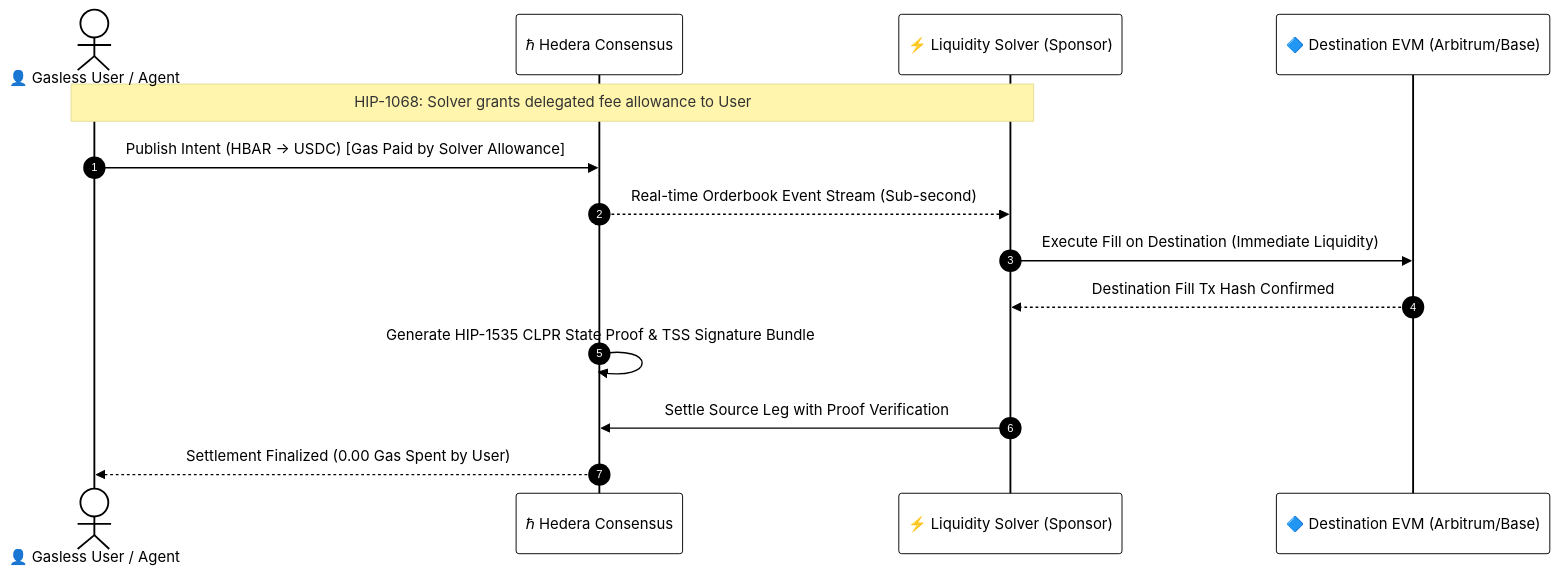
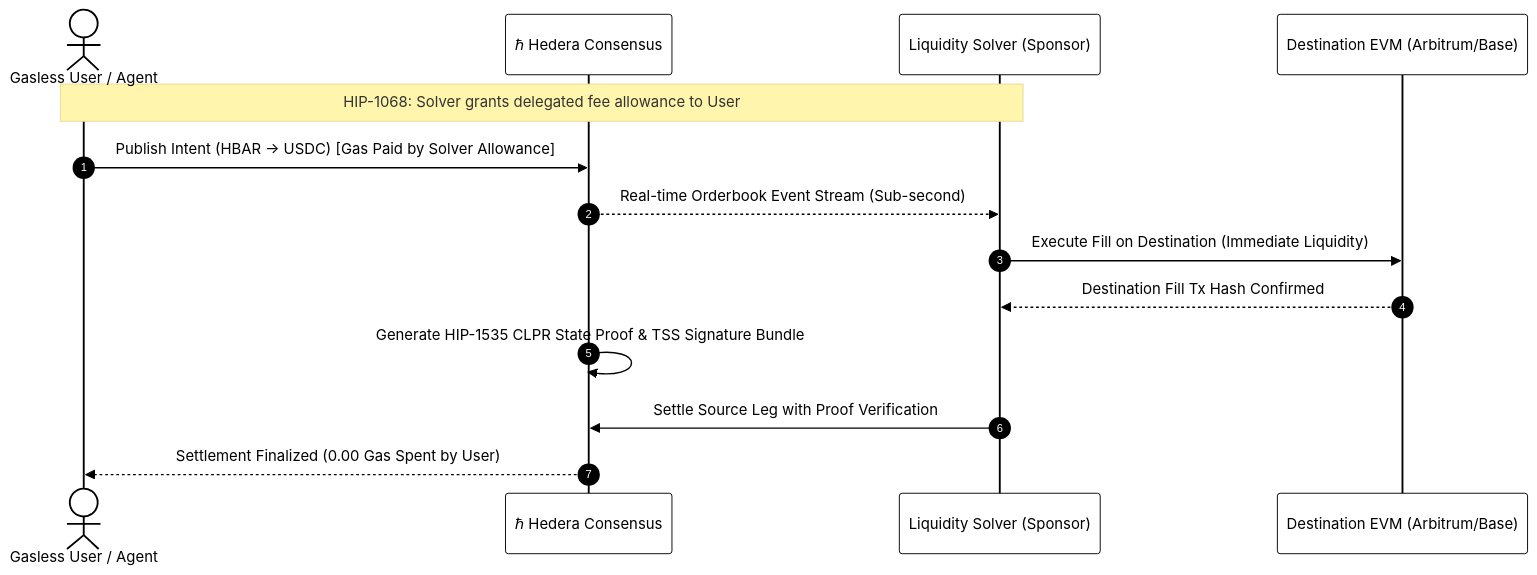
The diagram in course/English/M13_Cross_Ledger_and_Data_Streams/README.md (altaga/Hedera-By-Example), drawn with Mermaid before and after one commit. The commit also changed other lines of this file and 590 other files, not shown here.

````diff
--- a/course/English/M13_Cross_Ledger_and_Data_Streams/README.md
+++ b/course/English/M13_Cross_Ledger_and_Data_Streams/README.md
@@ -26,35 +26,35 @@
 ```mermaid
 %%{init: {
   'theme': 'base',
   'themeVariables': {
     'primaryColor': '#ffffff',
     'primaryTextColor': '#000000',
     'primaryBorderColor': '#000000',
     'lineColor': '#000000',
     'secondaryColor': '#FF4500',
     'tertiaryColor': '#ffffff',
     'mainBkg': '#ffffff',
     'nodeBorder': '#000000',
     'clusterBkg': '#F9F9F6',
     'clusterBorder': '#000000',
     'fontSize': '14px',
     'fontFamily': 'Inter, system-ui, -apple-system, sans-serif',
     'nodeRadius': '0px'
   }
 }}%%
 sequenceDiagram
     autonumber
-    actor User as 👤 Gasless User / Agent
+    actor User as  Gasless User / Agent
     participant Hedera as ℏ Hedera Consensus
-    participant Solver as ⚡ Liquidity Solver (Sponsor)
-    participant DestChain as 🔷 Destination EVM (Arbitrum/Base)
+    participant Solver as  Liquidity Solver (Sponsor)
+    participant DestChain as  Destination EVM (Arbitrum/Base)
 
     Note over User,Solver: HIP-1068: Solver grants delegated fee allowance to User
     User->>Hedera: Publish Intent (HBAR -> USDC) [Gas Paid by Solver Allowance]
     Hedera-->>Solver: Real-time Orderbook Event Stream (Sub-second)
     Solver->>DestChain: Execute Fill on Destination (Immediate Liquidity)
     DestChain-->>Solver: Destination Fill Tx Hash Confirmed
     Hedera->>Hedera: Generate HIP-1535 CLPR State Proof & TSS Signature Bundle
     Solver->>Hedera: Settle Source Leg with Proof Verification
     Hedera-->>User: Settlement Finalized (0.00 Gas Spent by User)
 ```
````
